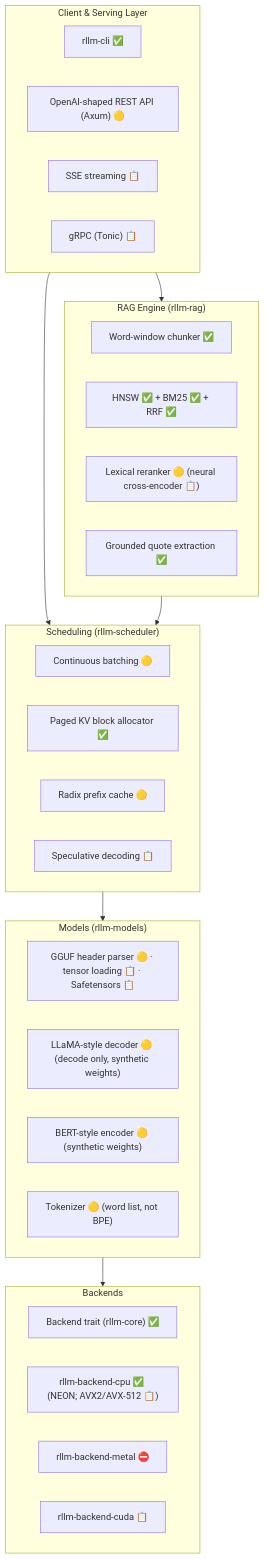
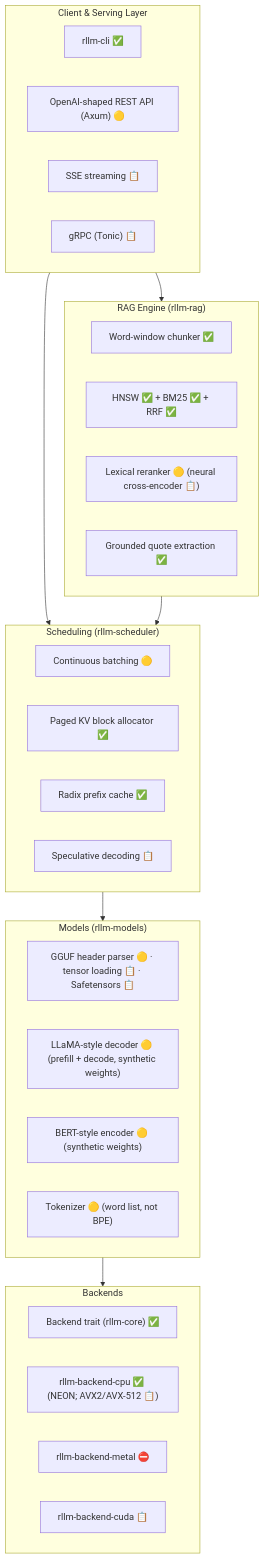
Before and after one commit to tovganesh/rllm: the diagram in docs/ARCHITECTURE.md, drawn with Mermaid. The commit also changed other lines of this file and 28 other files, not shown here.

First line of the commit message:
fix: P0 correctness — projections, prefill, RoPE, prefix cache, bounds (#5)

````diff
--- a/docs/ARCHITECTURE.md
+++ b/docs/ARCHITECTURE.md
@@ -11,43 +11,43 @@
 ```mermaid
 flowchart TD
     subgraph ClientLayer ["Client & Serving Layer"]
         CLI["rllm-cli ✅"]
         HTTP["OpenAI-shaped REST API (Axum) 🟡"]
         SSE["SSE streaming 📋"]
         GRPC["gRPC (Tonic) 📋"]
     end
 
     subgraph RagEngine ["RAG Engine (rllm-rag)"]
         Chunker["Word-window chunker ✅"]
         HybridIndex["HNSW ✅ + BM25 ✅ + RRF ✅"]
         Reranker["Lexical reranker 🟡 (neural cross-encoder 📋)"]
         Grounding["Grounded quote extraction ✅"]
     end
 
     subgraph SchedulerLayer ["Scheduling (rllm-scheduler)"]
         Batcher["Continuous batching 🟡"]
         Paged["Paged KV block allocator ✅"]
-        Radix["Radix prefix cache 🟡"]
+        Radix["Radix prefix cache ✅"]
         SpecDec["Speculative decoding 📋"]
     end
 
     subgraph ModelLayer ["Models (rllm-models)"]
         Weights["GGUF header parser 🟡 · tensor loading 📋 · Safetensors 📋"]
-        Llama["LLaMA-style decoder 🟡 (decode only, synthetic weights)"]
+        Llama["LLaMA-style decoder 🟡 (prefill + decode, synthetic weights)"]
         Embed["BERT-style encoder 🟡 (synthetic weights)"]
         Tok["Tokenizer 🟡 (word list, not BPE)"]
     end
 
     subgraph ComputeLayer ["Backends"]
         Trait["Backend trait (rllm-core) ✅"]
         CPU["rllm-backend-cpu ✅ (NEON; AVX2/AVX-512 📋)"]
         Metal["rllm-backend-metal ⛔"]
         CUDA["rllm-backend-cuda 📋"]
     end
 
     ClientLayer --> RagEngine
     ClientLayer --> SchedulerLayer
     RagEngine --> SchedulerLayer
     SchedulerLayer --> ModelLayer
     ModelLayer --> ComputeLayer
 ```
````
